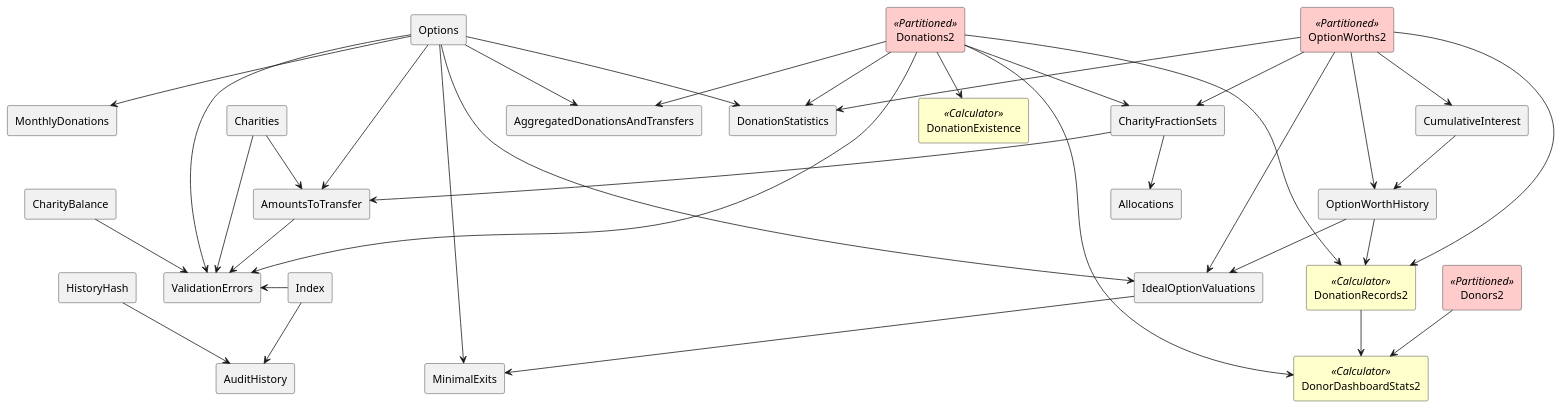
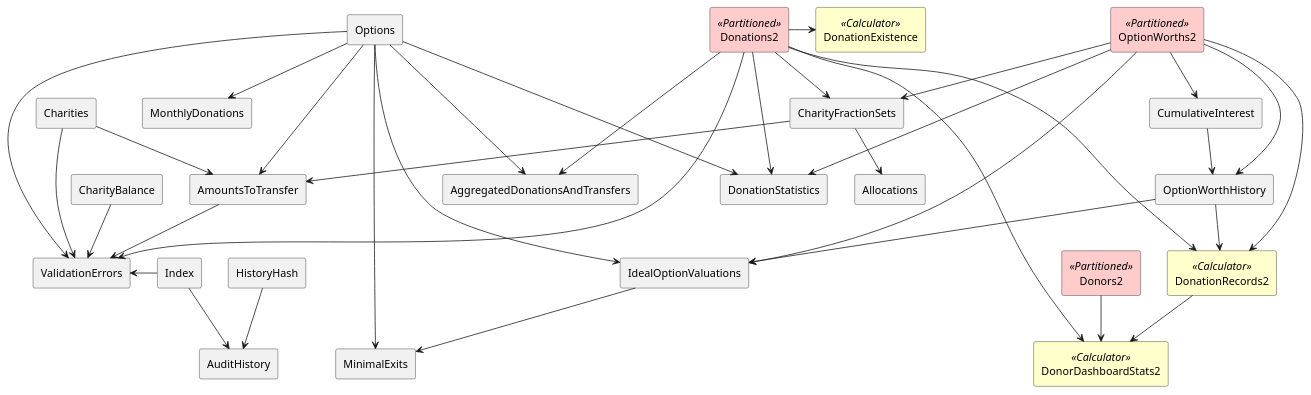
The second of 2 diagrams in wiki/calculator.md (joost-morsink/FF-admin-module), drawn with PlantUML before and after one commit.

Commit message:
Updated model diagram [GIVE4GOOD-833]

````diff
--- a/wiki/calculator.md
+++ b/wiki/calculator.md
@@ -100,78 +100,78 @@
 ```plantuml
 skinparam component {
     style rectangle
     backgroundColor<<Calculator>> #ffffcc
     backgroundColor<<Partitioned>> #ffcccc
 }
     component Donations2 << Partitioned >> 
     component Donors2 << Partitioned >>
     component OptionWorths2 << Partitioned >>
     component DonorDashboardStats2 << Calculator >>
     component DonationExistence << Calculator >>
     component DonationRecords2 << Calculator >>
 
     [Options] -[hidden]r-> [Donations2]
 
-    [Options] --> [AggregatedDonationsAndTransfers]
+    [Options] ---> [AggregatedDonationsAndTransfers]
     [Options] --> [AmountsToTransfer]
-    [Options] --> [DonationStatistics]
+    [Options] ---> [DonationStatistics]
     [Options] --> [MinimalExits]
     [Options] --> [IdealOptionValuations]
     [Options] --> [ValidationErrors]
     [Options] --> [MonthlyDonations]
     [Donations2] --> [AggregatedDonationsAndTransfers]
     [Donations2] --> [DonationStatistics]
     [Donations2] --> [ValidationErrors]
     [Donations2] --> [CharityFractionSets]
     [Donations2] --> [DonorDashboardStats2]
-    [Donations2] --> [DonationExistence] 
+    [Donations2] -r-> [DonationExistence] 
     [Donations2] ----> [DonationRecords2] 
 
     [Donors2] --> [DonorDashboardStats2]
     [DonationRecords2] --> [DonorDashboardStats2]
     [Charities] --> [AmountsToTransfer]
     [Charities] --> [ValidationErrors]
     [CharityFractionSets] --> [AmountsToTransfer]
     [CharityFractionSets] --> [Allocations]
     [Index] -l-> [ValidationErrors]
     [Index] --> [AuditHistory]
     [HistoryHash] --> [AuditHistory]
     [OptionWorths2] --> [CumulativeInterest]
     [OptionWorths2] --> [DonationStatistics]
     [OptionWorths2] --> [IdealOptionValuations]
     [OptionWorths2] --> [OptionWorthHistory]
     [OptionWorths2] --> [CharityFractionSets]
     [OptionWorths2] --> [DonationRecords2]
     [IdealOptionValuations] --> [MinimalExits]
     [CumulativeInterest] --> [OptionWorthHistory]
     [OptionWorthHistory] --> [IdealOptionValuations]
     [AmountsToTransfer] --> [ValidationErrors]
     [CharityBalance] --> [ValidationErrors]
 
     [OptionWorthHistory] --> [DonationRecords2]
 
     url for AmountsToTransfer is [[models/amounts_to_transfer]]
     url for DonorDashboardStats2 is [[models/donor_dashboard_stats]]
     url for Donors2 is [[models/donors]]
     url for Index is [[models/index]]
     url for HistoryHash is [[models/history_hash]]
     url for Options is [[models/options]]
     url for ValidationErrors is [[models/validation_errors]]
     url for Donations2 is [[models/donations]]
     url for OptionWorths2 is [[models/option_worths]]
     url for IdealOptionValuations is [[models/ideal_option_valuations]]
     url for MinimalExits is [[models/minimal_exits]]
     url for MonthlyDonations is [[models/monthly_donations]]
     url for AggregatedDonationsAndTransfers is [[models/aggregated_donations_and_transfers]]
     url for DonationStatistics is [[models/donation_statistics]]
     url for CharityFractionSets is [[models/charity_fraction_sets]]
     url for DonorDashboardStats2 is [[models/donor_dashboard_stats]]
     url for DonationExistence is [[models/donation_existence]]
     url for DonationRecords2 is [[models/donation_records]]
     url for Charities is [[models/charities]]
     url for Allocations is [[models/allocations]]
     url for AuditHistory is [[models/audit_history]]
     url for CumulativeInterest is [[models/cumulative_interest]]
     url for OptionWorthHistory is [[models/option_worth_history]]
     url for CharityBalance is [[models/charity_balance]]
 ```
````
